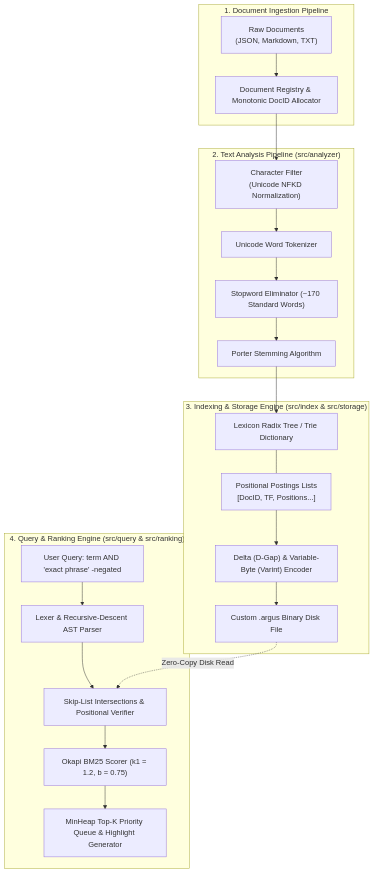
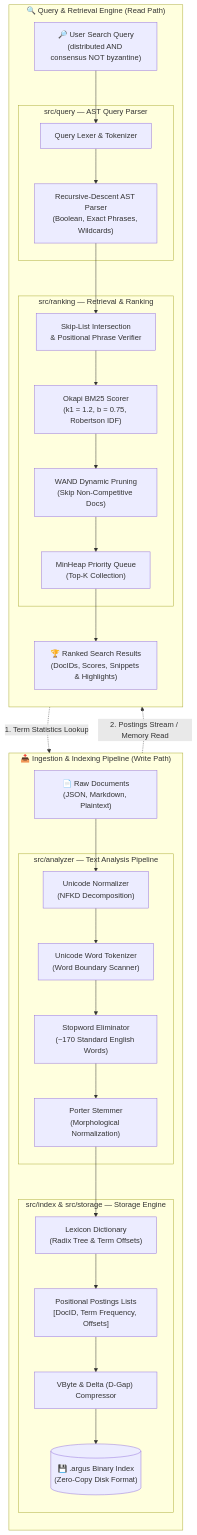
Before and after one commit to Krishnanand-10/Argus: the diagram in README.md, drawn with Mermaid. The commit also changed other lines of this file, not shown here.

Commit message:
docs: improve architecture diagram to cleanly separate write and read paths

````diff
--- a/README.md
+++ b/README.md
@@ -29,37 +31,59 @@
 ```mermaid
-flowchart TD
-    subgraph Ingestion ["1. Document Ingestion Pipeline"]
-        D1["Raw Documents<br/>(JSON, Markdown, TXT)"]
-        D2["Document Registry & Monotonic DocID Allocator"]
-        D1 --> D2
+flowchart TB
+    %% Ingestion / Write Path
+    subgraph Ingestion ["📥 Ingestion & Indexing Pipeline (Write Path)"]
+        direction TB
+        Docs["📄 Raw Documents<br/>(JSON, Markdown, Plaintext)"]
+        
+        subgraph Analyzer ["src/analyzer — Text Analysis Pipeline"]
+            Norm["Unicode Normalizer<br/>(NFKD Decomposition)"]
+            Token["Unicode Word Tokenizer<br/>(Word Boundary Scanner)"]
+            Stop["Stopword Eliminator<br/>(~170 Standard English Words)"]
+            Stem["Porter Stemmer<br/>(Morphological Normalization)"]
+            Norm --> Token --> Stop --> Stem
+        end
+
+        subgraph Storage ["src/index & src/storage — Storage Engine"]
+            Lexicon["Lexicon Dictionary<br/>(Radix Tree & Term Offsets)"]
+            Postings["Positional Postings Lists<br/>[DocID, Term Frequency, Offsets]"]
+            Codec["VByte & Delta (D-Gap) Compressor"]
+            DiskFile[("💾 .argus Binary Index<br/>(Zero-Copy Disk Format)")]
+            
+            Lexicon --> Postings --> Codec --> DiskFile
+        end
+
+        Docs --> Norm
+        Stem --> Lexicon
     end
 
-    subgraph Analyzer ["2. Text Analysis Pipeline (src/analyzer)"]
-        A1["Character Filter<br/>(Unicode NFKD Normalization)"]
-        A2["Unicode Word Tokenizer"]
-        A3["Stopword Eliminator (~170 Standard Words)"]
-        A4["Porter Stemming Algorithm"]
-        A1 --> A2 --> A3 --> A4
+    %% Query / Read Path
+    subgraph QueryPath ["🔍 Query & Retrieval Engine (Read Path)"]
+        direction TB
+        UserQuery["🔎 User Search Query<br/>(distributed AND consensus NOT byzantine)"]
+        
+        subgraph Parser ["src/query — AST Query Parser"]
+            QLex["Query Lexer & Tokenizer"]
+            QAST["Recursive-Descent AST Parser<br/>(Boolean, Exact Phrases, Wildcards)"]
+            QLex --> QAST
+        end
+
+        subgraph Scoring ["src/ranking — Retrieval & Ranking"]
+            SkipIntersector["Skip-List Intersection<br/>& Positional Phrase Verifier"]
+            BM25["Okapi BM25 Scorer<br/>(k1 = 1.2, b = 0.75, Robertson IDF)"]
+            WAND["WAND Dynamic Pruning<br/>(Skip Non-Competitive Docs)"]
+            TopK["MinHeap Priority Queue<br/>(Top-K Collection)"]
+            
+            SkipIntersector --> BM25 --> WAND --> TopK
+        end
+
+        Results["🏆 Ranked Search Results<br/>(DocIDs, Scores, Snippets & Highlights)"]
+
+        UserQuery --> QLex
+        QAST --> SkipIntersector
+        TopK --> Results
     end
 
-    subgraph Indexing ["3. Indexing & Storage Engine (src/index & src/storage)"]
-        I1["Lexicon Radix Tree / Trie Dictionary"]
-        I2["Positional Postings Lists<br/>[DocID, TF, Positions...]"]
-        I3["Delta (D-Gap) & Variable-Byte (Varint) Encoder"]
-        I4["Custom .argus Binary Disk File"]
-        I1 --- I2 --> I3 --> I4
-    end
-
-    subgraph QueryEngine ["4. Query & Ranking Engine (src/query & src/ranking)"]
-        Q1["User Query: term AND 'exact phrase' -negated"]
-        Q2["Lexer & Recursive-Descent AST Parser"]
-        Q3["Skip-List Intersections & Positional Verifier"]
-        Q4["Okapi BM25 Scorer (k1 = 1.2, b = 0.75)"]
-        Q5["MinHeap Top-K Priority Queue & Highlight Generator"]
-        Q1 --> Q2 --> Q3 --> Q4 --> Q5
-    end
-
-    D2 --> A1
-    A4 --> I1
-    I4 -. "Zero-Copy Disk Read" .-> Q3
+    %% Cross-Pipeline Connections
+    QAST -.->|1. Term Statistics Lookup| Lexicon
+    DiskFile -.->|2. Postings Stream / Memory Read| SkipIntersector
 ```
````
